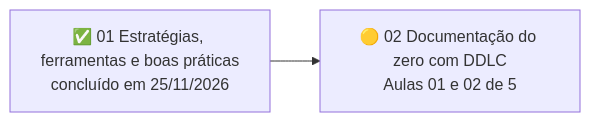
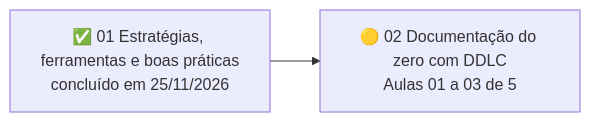
The fifth of 7 diagrams in mapa-de-estudos.md (letsprown-code/po-learning-journal), drawn with Mermaid before and after one commit. The commit also changed other lines of this file and 6 other files, not shown here.

```diff
--- a/mapa-de-estudos.md
+++ b/mapa-de-estudos.md
@@ -171,4 +171,4 @@
 ~~~mermaid
 flowchart LR
-    C1["✅ 01 Estratégias, ferramentas e boas práticas<br/>concluído em 25/11/2026"] --> C2["🟡 02 Documentação do zero com DDLC<br/>Aulas 01 e 02 de 5"]
+    C1["✅ 01 Estratégias, ferramentas e boas práticas<br/>concluído em 25/11/2026"] --> C2["🟡 02 Documentação do zero com DDLC<br/>Aulas 01 a 03 de 5"]
 ~~~
```
